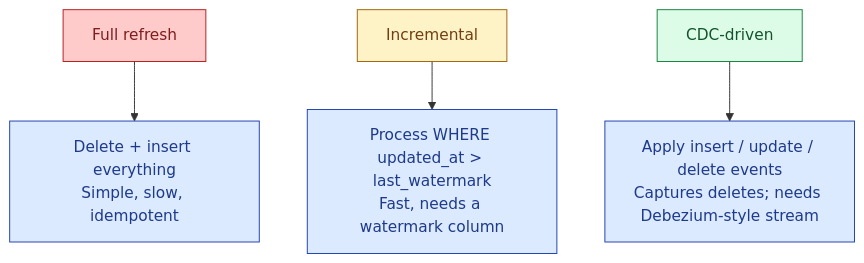
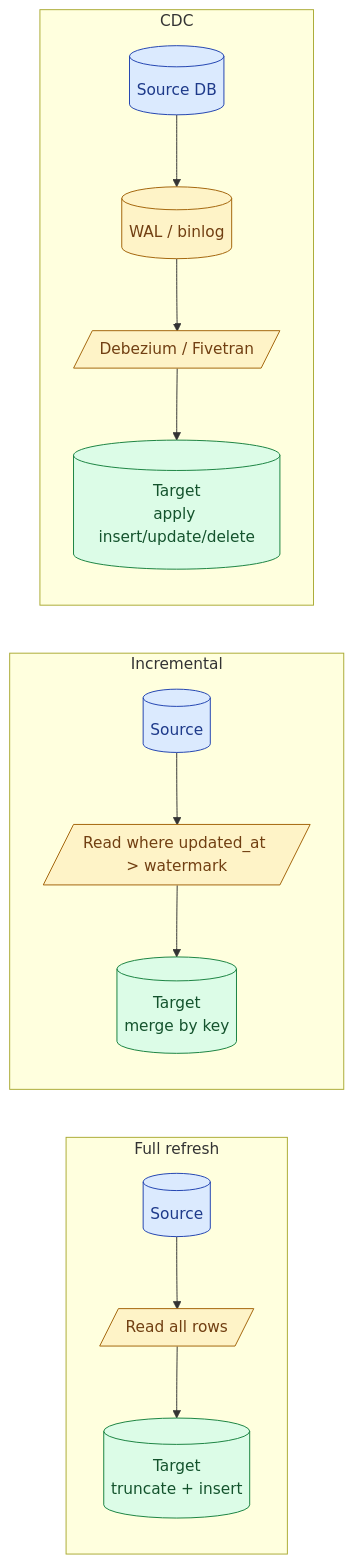
One commit to shiningflash/shiningflash.github.io changed the first of 3 diagrams in _de_concepts/027-full-vs-incremental-vs-cdc.md. Above: the diagram before and after it, drawn with Mermaid. The commit also changed other lines of this file and 69 other files, not shown here.

````diff
--- a/_de_concepts/027-full-vs-incremental-vs-cdc.md
+++ b/_de_concepts/027-full-vs-incremental-vs-cdc.md
@@ -12,14 +14,16 @@
 ```mermaid
-flowchart TB
-    F["Full refresh"]:::a
-    F --> F1["Delete + insert everything<br/>Simple, slow, idempotent"]:::out
-    I["Incremental"]:::b
-    I --> I1["Process WHERE updated_at > last_watermark<br/>Fast, needs a watermark column"]:::out
-    C["CDC-driven"]:::c
-    C --> C1["Apply insert / update / delete events<br/>Captures deletes; needs Debezium-style stream"]:::out
+flowchart LR
+    subgraph F["Full refresh"]
+        FS[("Source")]:::a --> FE[/"Read all rows"/]:::y --> FT[("Target<br/>truncate + insert")]:::g
+    end
+    subgraph I["Incremental"]
+        IS[("Source")]:::a --> IE[/"Read where updated_at > watermark"/]:::y --> IT[("Target<br/>merge by key")]:::g
+    end
+    subgraph C["CDC"]
+        CS[("Source DB")]:::a --> WAL[("WAL / binlog")]:::y --> Deb[/"Debezium / Fivetran"/]:::y --> CT[("Target<br/>apply insert/update/delete")]:::g
+    end
 
-    classDef a fill:#fecaca,stroke:#b91c1c,color:#7f1d1d
-    classDef b fill:#fef3c7,stroke:#a16207,color:#713f12
-    classDef c fill:#dcfce7,stroke:#15803d,color:#14532d
-    classDef out fill:#dbeafe,stroke:#1e40af,color:#1e3a8a
+    classDef a fill:#dbeafe,stroke:#1e40af,color:#1e3a8a
+    classDef y fill:#fef3c7,stroke:#a16207,color:#713f12
+    classDef g fill:#dcfce7,stroke:#15803d,color:#14532d
 ```
````
